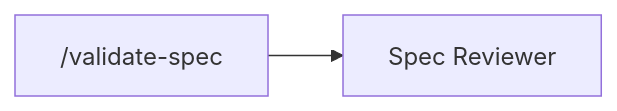
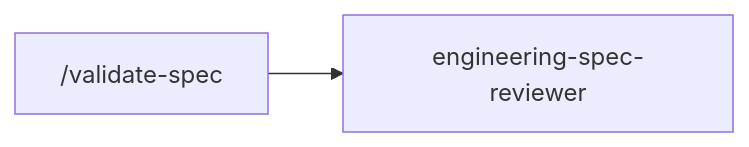
Before and after one commit to AlarQ/SDD-hub: diagram 11 of 15 in docs/workflow-diagram.md, drawn with Mermaid. The commit also changed other lines of this file and 4 other files, not shown here.

````diff
--- a/docs/workflow-diagram.md
+++ b/docs/workflow-diagram.md
@@ -349,4 +336,4 @@
 ```mermaid
 graph LR
-    VSPEC["/validate-spec"] --> SR[Spec Reviewer]
+    VSPEC["/validate-spec"] --> SR[engineering-spec-reviewer]
 ```
````
